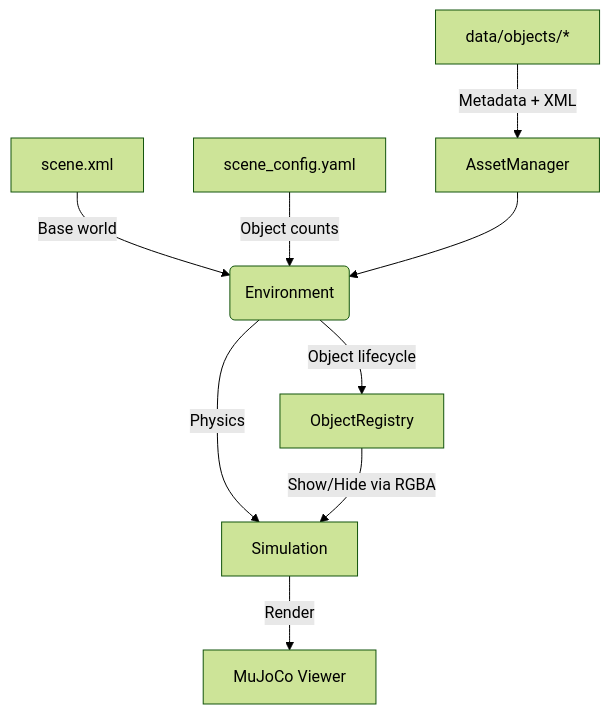
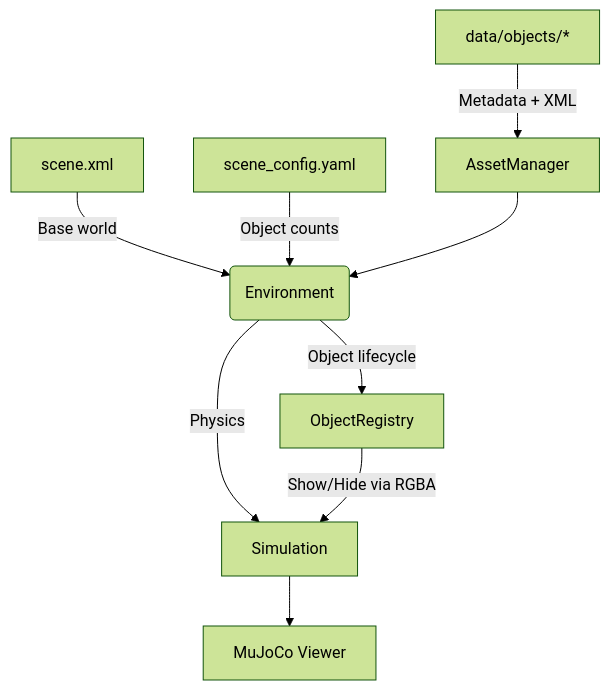
One commit to personalrobotics/mj_environment changed the second of 2 diagrams in README.md. Above: the diagram before and after it, drawn with Mermaid (forest theme). The commit also changed other lines of this file, not shown here.

````diff
--- a/README.md
+++ b/README.md
@@ -93,11 +102,11 @@
 ```mermaid
 graph TD
     A[scene.xml] -->|Base world| E(Environment)
     B[scene_config.yaml] -->|Object counts| E
     C[data/objects/*] -->|Metadata + XML| D[AssetManager]
     D --> E
     E -->|Object lifecycle| F[ObjectRegistry]
     E -->|Physics| G[Simulation]
     F -->|Show/Hide via RGBA| G
-    G -->|Render| H[MuJoCo Viewer]
+    G --> H[MuJoCo Viewer]
 ```
````
